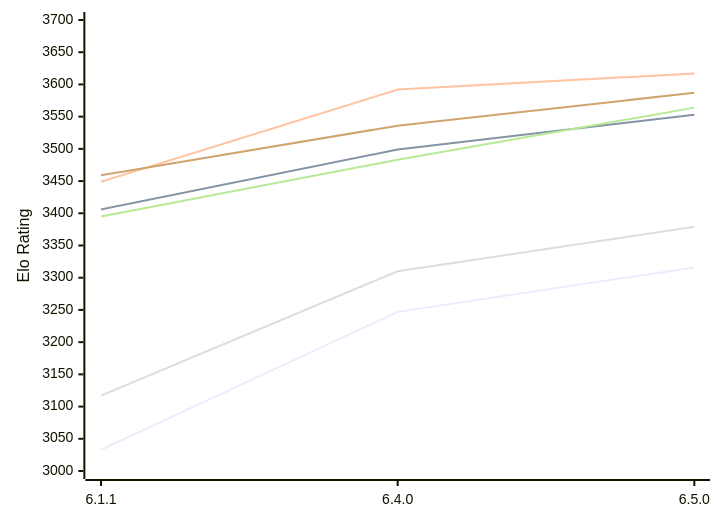
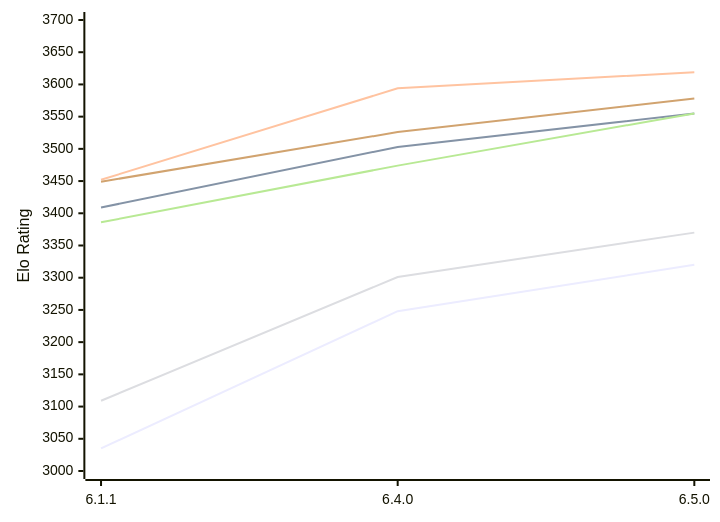
One commit to computer-chess-index/cci changed the first of 2 diagrams in engines/Zigqueen.md. Above: the diagram before and after it, drawn with Mermaid. The commit also changed other lines of this file, not shown here.

Commit message:
Update CCI Ratings (ELO VLTC) - 2026-11-15

````diff
--- a/engines/Zigqueen.md
+++ b/engines/Zigqueen.md
@@ -55,12 +55,12 @@
 ```mermaid
 %%{init: {"theme":"base","themeVariables":{"seriesColors:['#a3a3a3','#222221','#faa371']}}}%%
 xychart-beta
   x-axis ["6.1.1", "6.4.0", "6.5.0"]
   y-axis "Elo Rating" 3000 --> 3700
-  line "E1: STC (8.0+0.08s)" [3033, 3247, 3316]
-  line "E1: LTC (60.0+0.60s)" [3406, 3499, 3553]
-  line "E1: VLTC (2m24s+1.12s)" [3449, 3592, 3617]
-  line "P1: STC (8.0+0.08s)" [3117, 3310, 3379]
-  line "P1: LTC (60.0+0.60s)" [3395, 3483, 3564]
-  line "P1: VLTC (2m24s+1.12s)" [3459, 3536, 3587]
+  line "E1: STC (8.0+0.08s)" [3035, 3248, 3320]
+  line "E1: LTC (60.0+0.60s)" [3409, 3503, 3555]
+  line "E1: VLTC (2m24s+1.12s)" [3452, 3594, 3619]
+  line "P1: STC (8.0+0.08s)" [3109, 3301, 3370]
+  line "P1: LTC (60.0+0.60s)" [3386, 3474, 3555]
+  line "P1: VLTC (2m24s+1.12s)" [3449, 3526, 3578]
 ```
````
